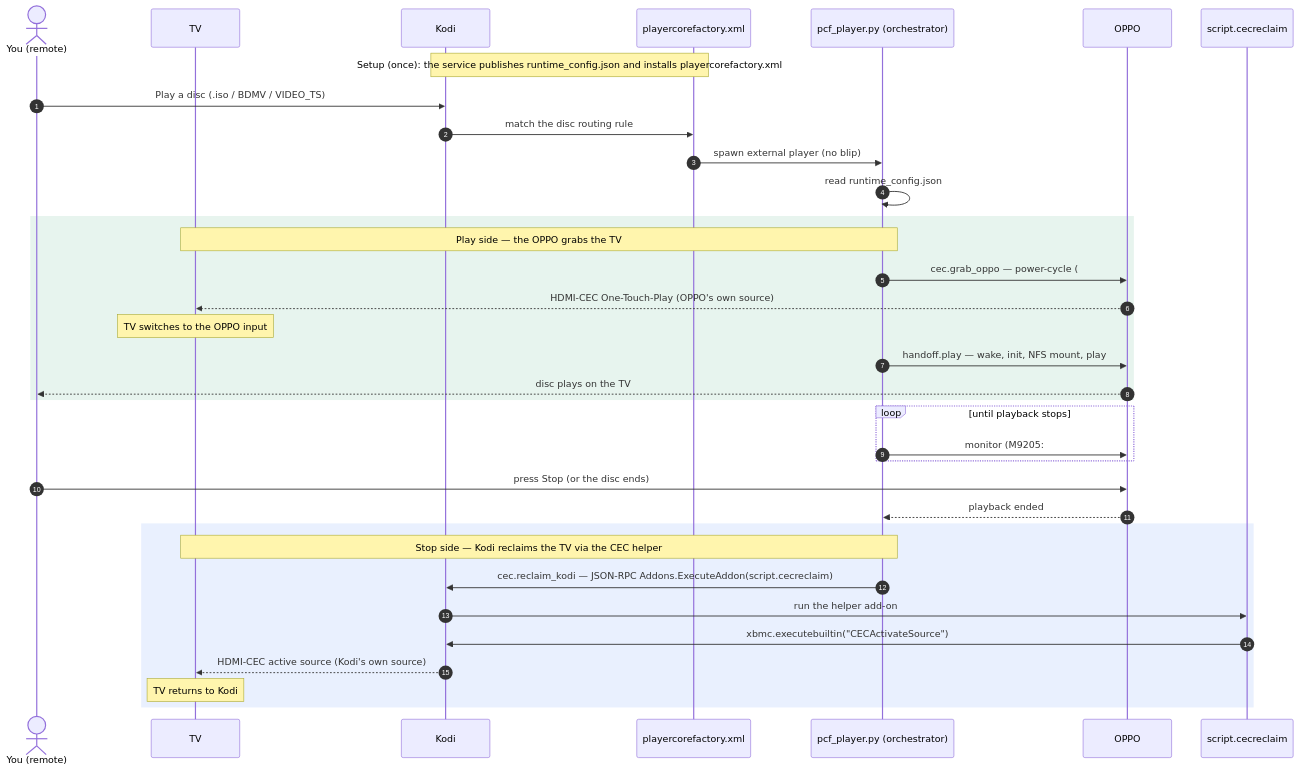
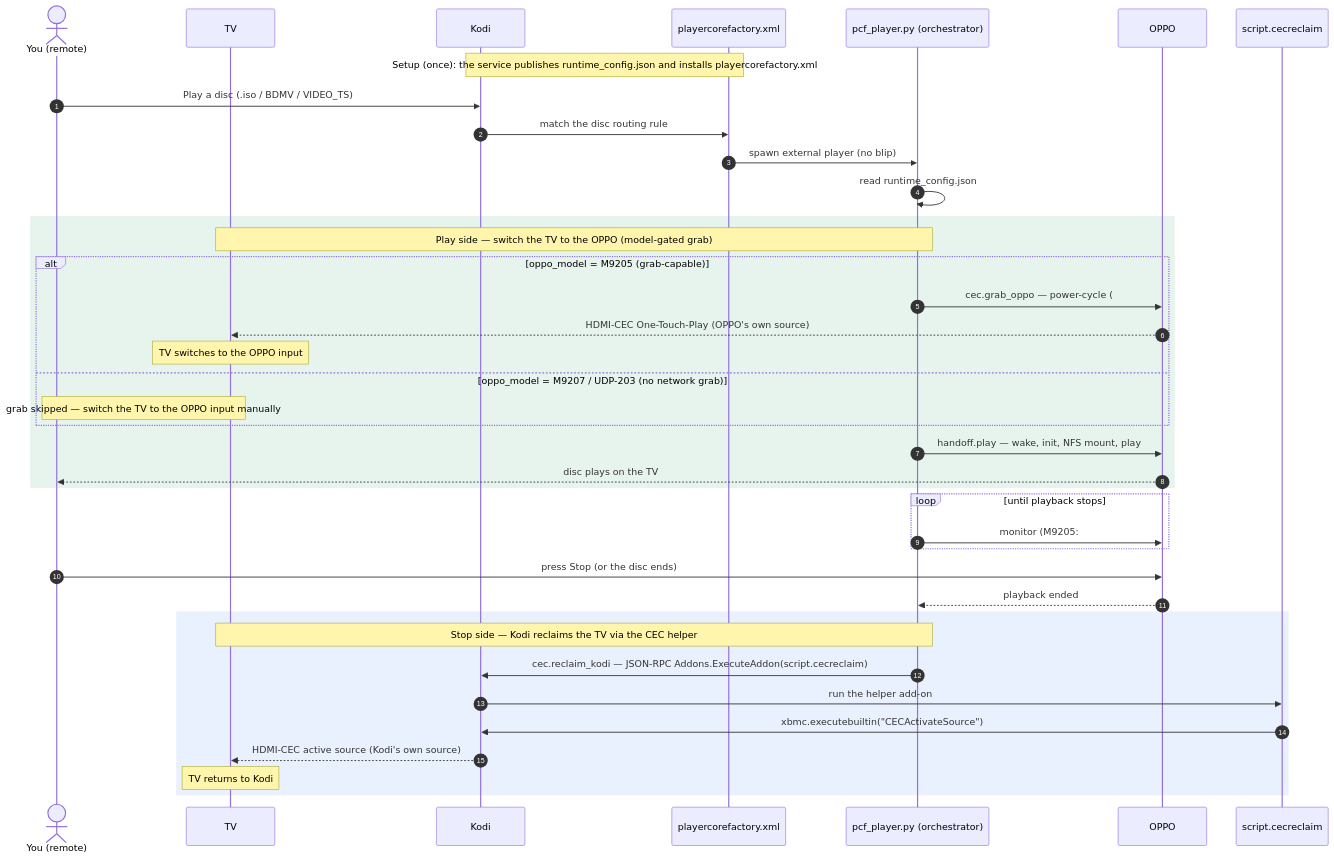
The diagram in docs/DIAGRAMS.md (skull-01/OppoKodiBridge-v4), drawn with Mermaid before and after one commit. The commit also changed other lines of this file and 3 other files, not shown here.

First line of the commit message:
docs(release): v4.1.2 — model-gated grab in diagrams + checklist

````diff
--- a/docs/DIAGRAMS.md
+++ b/docs/DIAGRAMS.md
@@ -34,43 +36,47 @@
 ```mermaid
 sequenceDiagram
     autonumber
     actor You as You (remote)
     participant TV
     participant Kodi
     participant PCF as playercorefactory.xml
     participant Player as pcf_player.py (orchestrator)
     participant OPPO
     participant Helper as script.cecreclaim
 
     Note over Kodi,PCF: Setup (once): the service publishes runtime_config.json and installs playercorefactory.xml
 
     You->>Kodi: Play a disc (.iso / BDMV / VIDEO_TS)
     Kodi->>PCF: match the disc routing rule
     PCF->>Player: spawn external player (no blip)
     Player->>Player: read runtime_config.json
 
     rect rgb(231, 244, 238)
-    Note over Player,TV: Play side — the OPPO grabs the TV
-    Player->>OPPO: cec.grab_oppo — power-cycle (#POF then #PON)
-    OPPO-->>TV: HDMI-CEC One-Touch-Play (OPPO's own source)
-    Note over TV: TV switches to the OPPO input
+    Note over Player,TV: Play side — switch the TV to the OPPO (model-gated grab)
+    alt oppo_model = M9205 (grab-capable)
+        Player->>OPPO: cec.grab_oppo — power-cycle (#POF then #PON)
+        OPPO-->>TV: HDMI-CEC One-Touch-Play (OPPO's own source)
+        Note over TV: TV switches to the OPPO input
+    else oppo_model = M9207 / UDP-203 (no network grab)
+        Note over You,TV: grab skipped — switch the TV to the OPPO input manually
+    end
     Player->>OPPO: handoff.play — wake, init, NFS mount, play
     OPPO-->>You: disc plays on the TV
     end
 
     loop until playback stops
         Player->>OPPO: monitor (M9205: #SVM 3 push + HTTP; M9207: HTTP only)
     end
 
     You->>OPPO: press Stop (or the disc ends)
     OPPO-->>Player: playback ended
 
     rect rgb(233, 240, 254)
     Note over Player,TV: Stop side — Kodi reclaims the TV via the CEC helper
     Player->>Kodi: cec.reclaim_kodi — JSON-RPC Addons.ExecuteAddon(script.cecreclaim)
     Kodi->>Helper: run the helper add-on
     Helper->>Kodi: xbmc.executebuiltin("CECActivateSource")
     Kodi-->>TV: HDMI-CEC active source (Kodi's own source)
     Note over TV: TV returns to Kodi
     end
 ```
````
